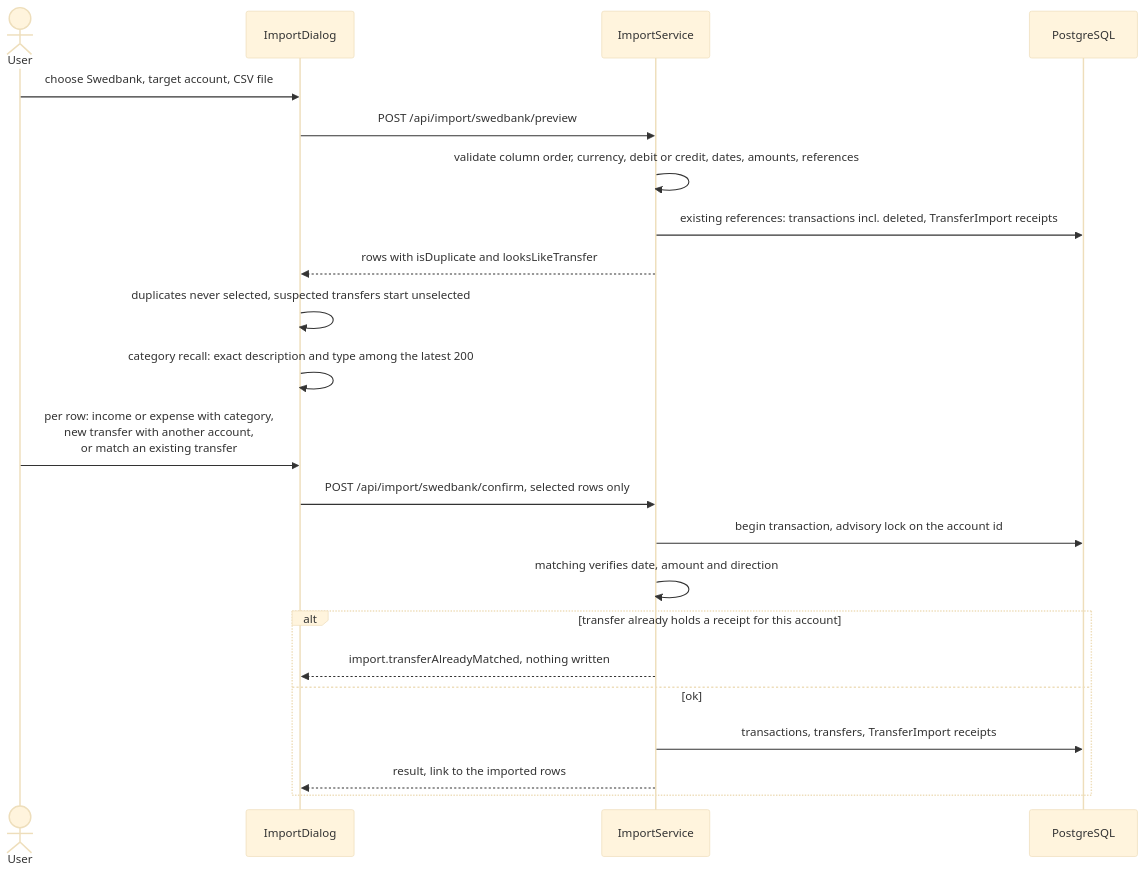
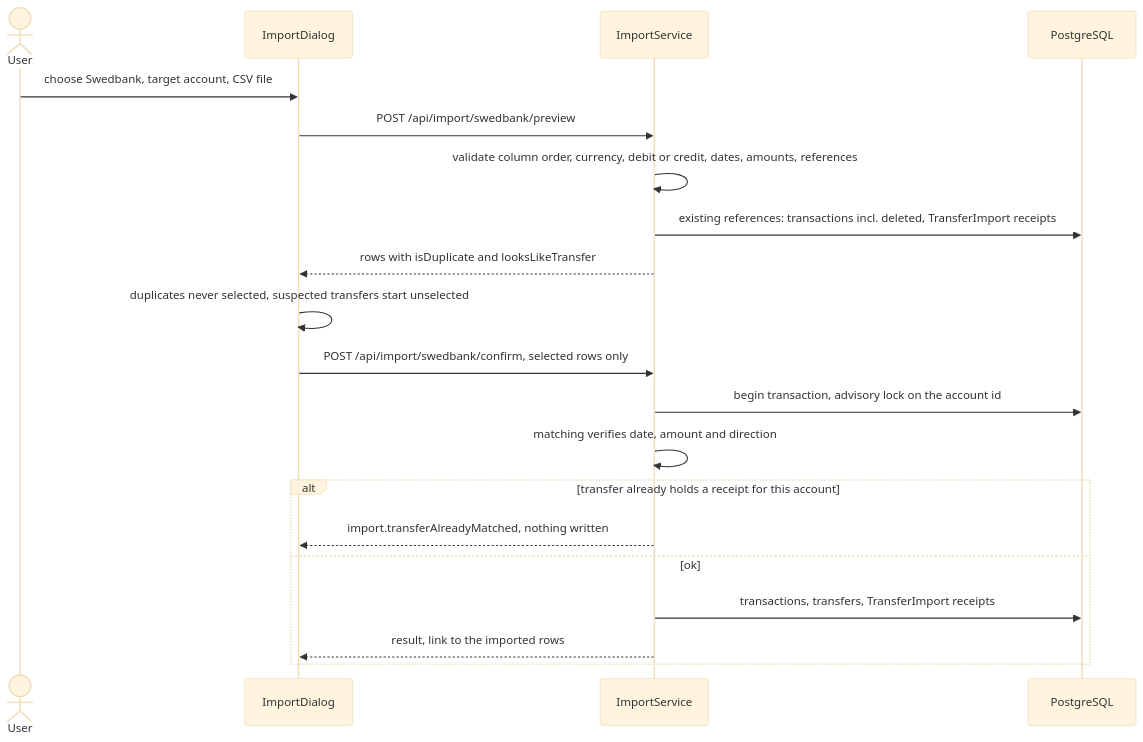
One commit to Justxs/Jx-Finance changed the diagram in docs/features/10. Swedbank CSV import.md. Above: the diagram before and after it, drawn with Mermaid (base theme). The commit also changed other lines of this file and 156 other files, not shown here.

````diff
--- a/docs/features/10. Swedbank CSV import.md
+++ b/docs/features/10. Swedbank CSV import.md
@@ -7,24 +9,22 @@
 ```mermaid
 sequenceDiagram
     actor User
     participant Dlg as ImportDialog
     participant Api as ImportService
     participant Db as PostgreSQL
     User->>Dlg: choose Swedbank, target account, CSV file
     Dlg->>Api: POST /api/import/swedbank/preview
     Api->>Api: validate column order, currency, debit or credit, dates, amounts, references
     Api->>Db: existing references: transactions incl. deleted, TransferImport receipts
     Api-->>Dlg: rows with isDuplicate and looksLikeTransfer
     Dlg->>Dlg: duplicates never selected, suspected transfers start unselected
-    Dlg->>Dlg: category recall: exact description and type among the latest 200
-    User->>Dlg: per row: income or expense with category,<br/>new transfer with another account,<br/>or match an existing transfer
     Dlg->>Api: POST /api/import/swedbank/confirm, selected rows only
     Api->>Db: begin transaction, advisory lock on the account id
     Api->>Api: matching verifies date, amount and direction
     alt transfer already holds a receipt for this account
         Api-->>Dlg: import.transferAlreadyMatched, nothing written
     else ok
         Api->>Db: transactions, transfers, TransferImport receipts
         Api-->>Dlg: result, link to the imported rows
     end
 ```
````
